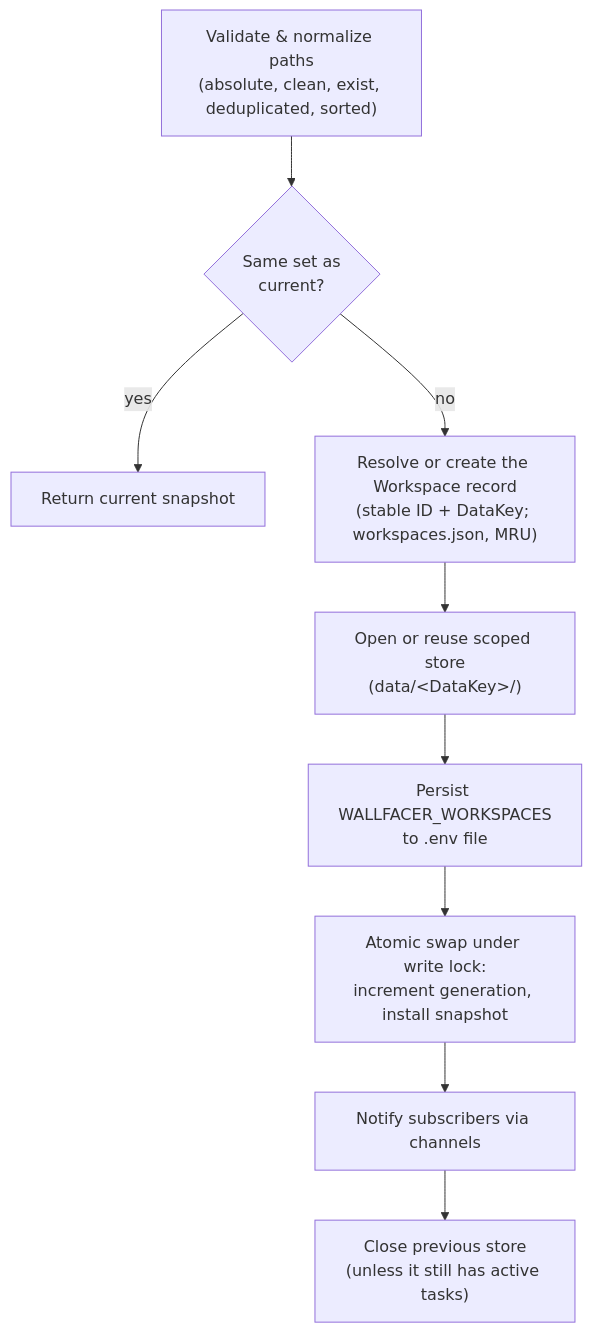
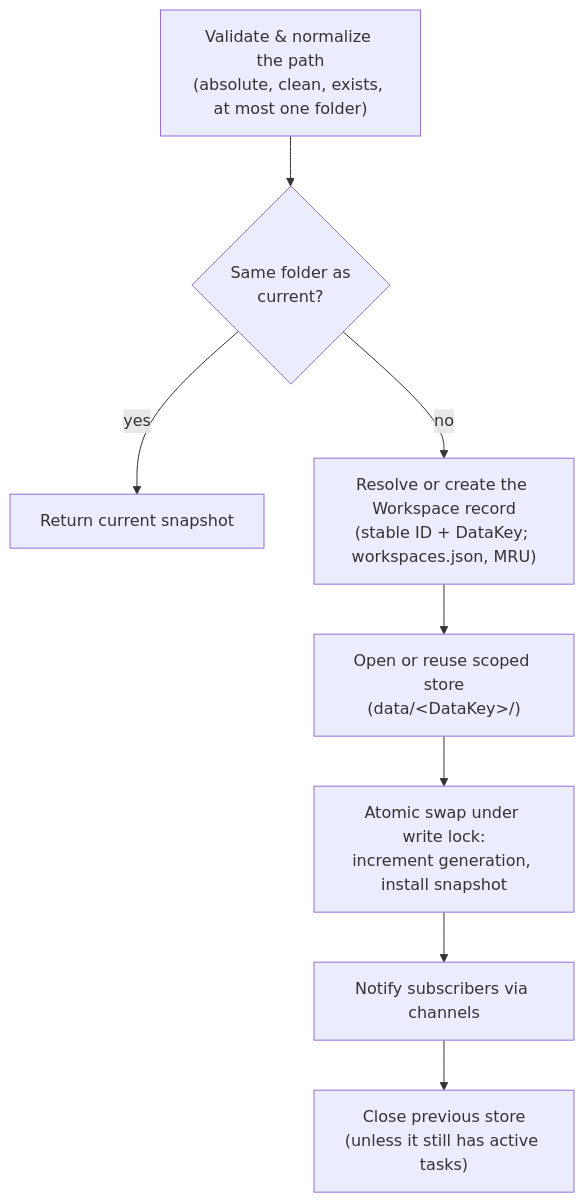
One commit to changkun/wallfacer changed the first of 2 diagrams in docs/internals/workspaces-and-config.md. Above: the diagram before and after it, drawn with Mermaid. The commit also changed other lines of this file and 11 other files, not shown here.

First line of the commit message:
docs: a workspace is one folder; describe dormant several-folder workspaces and drop sibling worktrees and WALLFACER_WORKSPACES

````diff
--- a/docs/internals/workspaces-and-config.md
+++ b/docs/internals/workspaces-and-config.md
@@ -58,11 +70,10 @@
 ```mermaid
 flowchart TD
-    Validate["Validate & normalize paths<br/>(absolute, clean, exist, deduplicated, sorted)"] --> Same{"Same set as<br/>current?"}
+    Validate["Validate & normalize the path<br/>(absolute, clean, exists, at most one folder)"] --> Same{"Same folder as<br/>current?"}
     Same -->|yes| NoOp["Return current snapshot"]
     Same -->|no| Resolve["Resolve or create the Workspace record<br/>(stable ID + DataKey; workspaces.json, MRU)"]
     Resolve --> OpenStore["Open or reuse scoped store<br/>(data/&lt;DataKey&gt;/)"]
-    OpenStore --> Env["Persist WALLFACER_WORKSPACES<br/>to .env file"]
-    Env --> Swap["Atomic swap under write lock:<br/>increment generation, install snapshot"]
+    OpenStore --> Swap["Atomic swap under write lock:<br/>increment generation, install snapshot"]
     Swap --> Publish["Notify subscribers via channels"]
     Publish --> Close["Close previous store<br/>(unless it still has active tasks)"]
 ```
````
